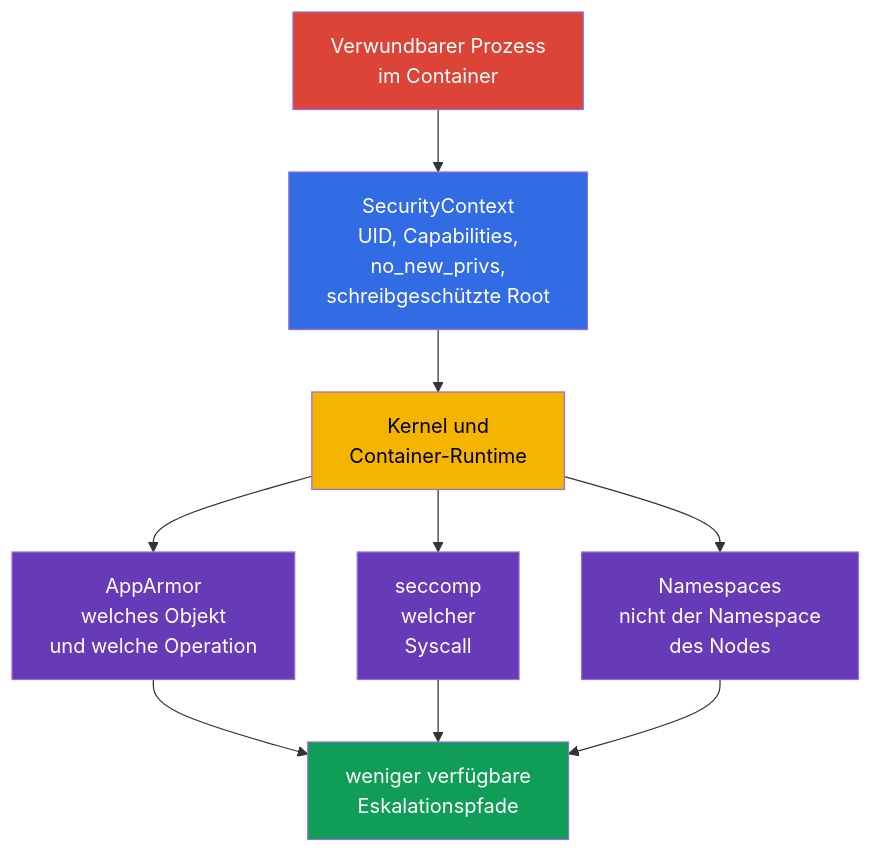
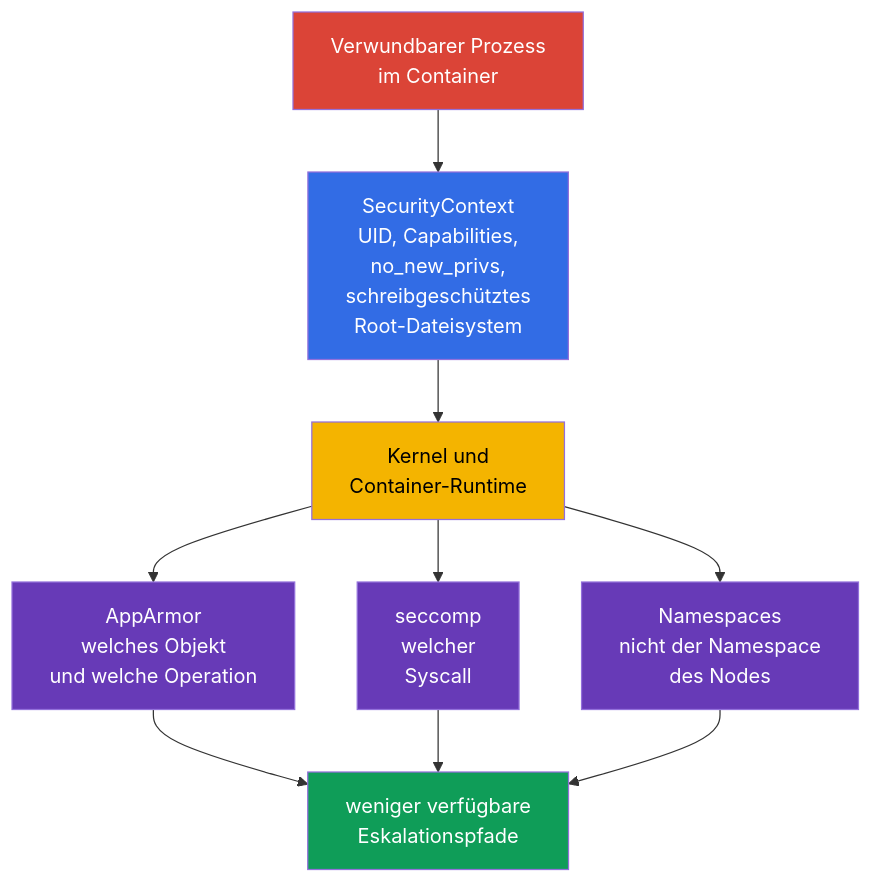
One commit to ViktorUJ/cks changed the first of 3 diagrams in tasks/cks/course/18/de.md. Above: the diagram before and after it, drawn with Mermaid. The commit also changed other lines of this file and 280 other files, not shown here.

````diff
--- a/tasks/cks/course/18/de.md
+++ b/tasks/cks/course/18/de.md
@@ -38,18 +38,18 @@
 ```mermaid
 flowchart TB
-    vuln["Verwundbarer Prozess<br/>im Container"] --> sc["SecurityContext<br/>UID, Capabilities,<br/>no_new_privs,<br/>schreibgeschützte Root"]
+    vuln["Verwundbarer Prozess<br/>im Container"] --> sc["SecurityContext<br/>UID, Capabilities,<br/>no_new_privs,<br/>schreibgeschütztes<br/>Root-Dateisystem"]
     sc --> kernel["Kernel und<br/>Container-Runtime"]
     kernel --> aa["AppArmor<br/>welches Objekt<br/>und welche Operation"]
     kernel --> sec["seccomp<br/>welcher<br/>Syscall"]
     kernel --> ns["Namespaces<br/>nicht der Namespace<br/>des Nodes"]
     aa --> result["weniger verfügbare<br/>Eskalationspfade"]
     sec --> result
     ns --> result
     style vuln fill:#db4437,color:#fff
     style sc fill:#326ce5,color:#fff
     style kernel fill:#f4b400,color:#000
     style aa fill:#673ab7,color:#fff
     style sec fill:#673ab7,color:#fff
     style ns fill:#673ab7,color:#fff
     style result fill:#0f9d58,color:#fff
 ```
````
